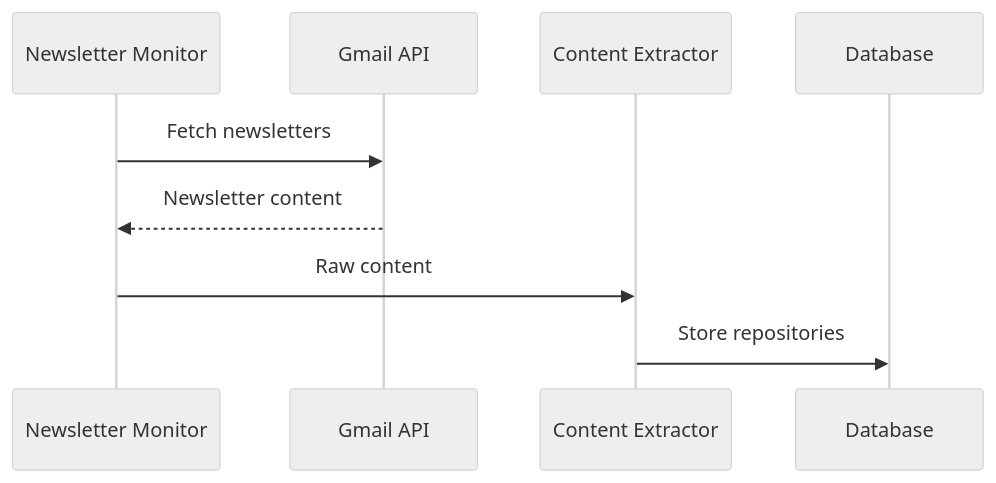
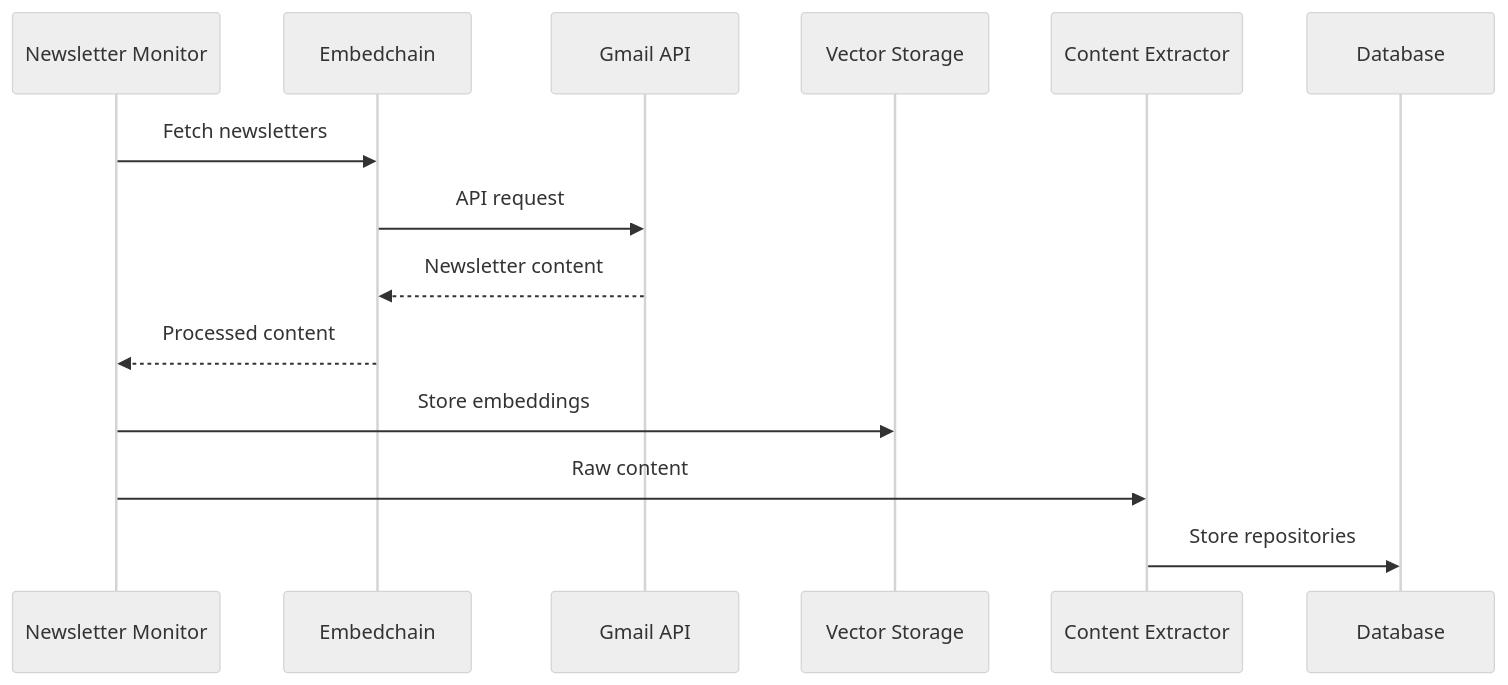
The third of 5 diagrams in dev_docs/mvp_system_architecture.md (seantauber/seantauber), drawn with Mermaid (neutral theme) before and after one commit. The commit also changed other lines of this file and 13 other files, not shown here.

````diff
--- a/dev_docs/mvp_system_architecture.md
+++ b/dev_docs/mvp_system_architecture.md
@@ -113,7 +132,10 @@
 ```mermaid
 sequenceDiagram
-    Newsletter Monitor->>Gmail API: Fetch newsletters
-    Gmail API-->>Newsletter Monitor: Newsletter content
+    Newsletter Monitor->>Embedchain: Fetch newsletters
+    Embedchain->>Gmail API: API request
+    Gmail API-->>Embedchain: Newsletter content
+    Embedchain-->>Newsletter Monitor: Processed content
+    Newsletter Monitor->>Vector Storage: Store embeddings
     Newsletter Monitor->>Content Extractor: Raw content
     Content Extractor->>Database: Store repositories
 ```
````
